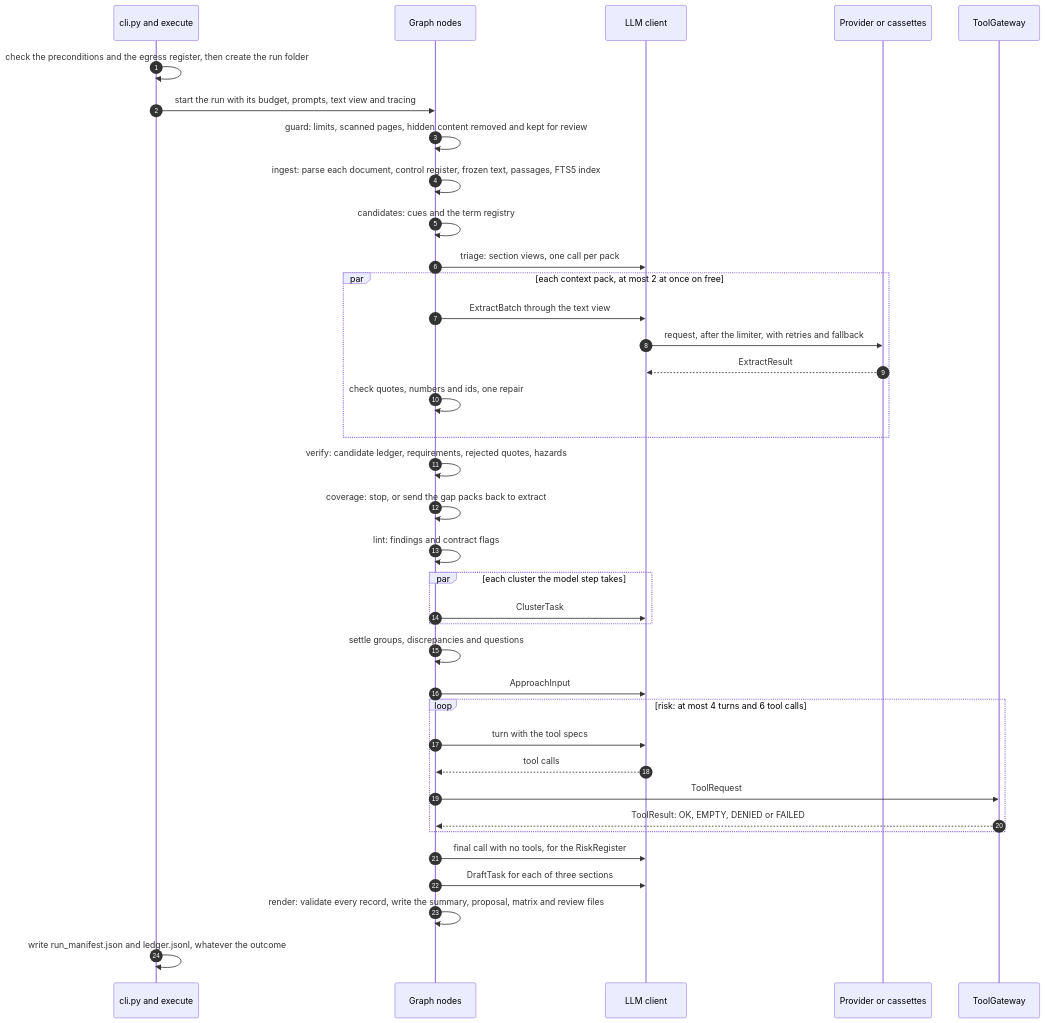
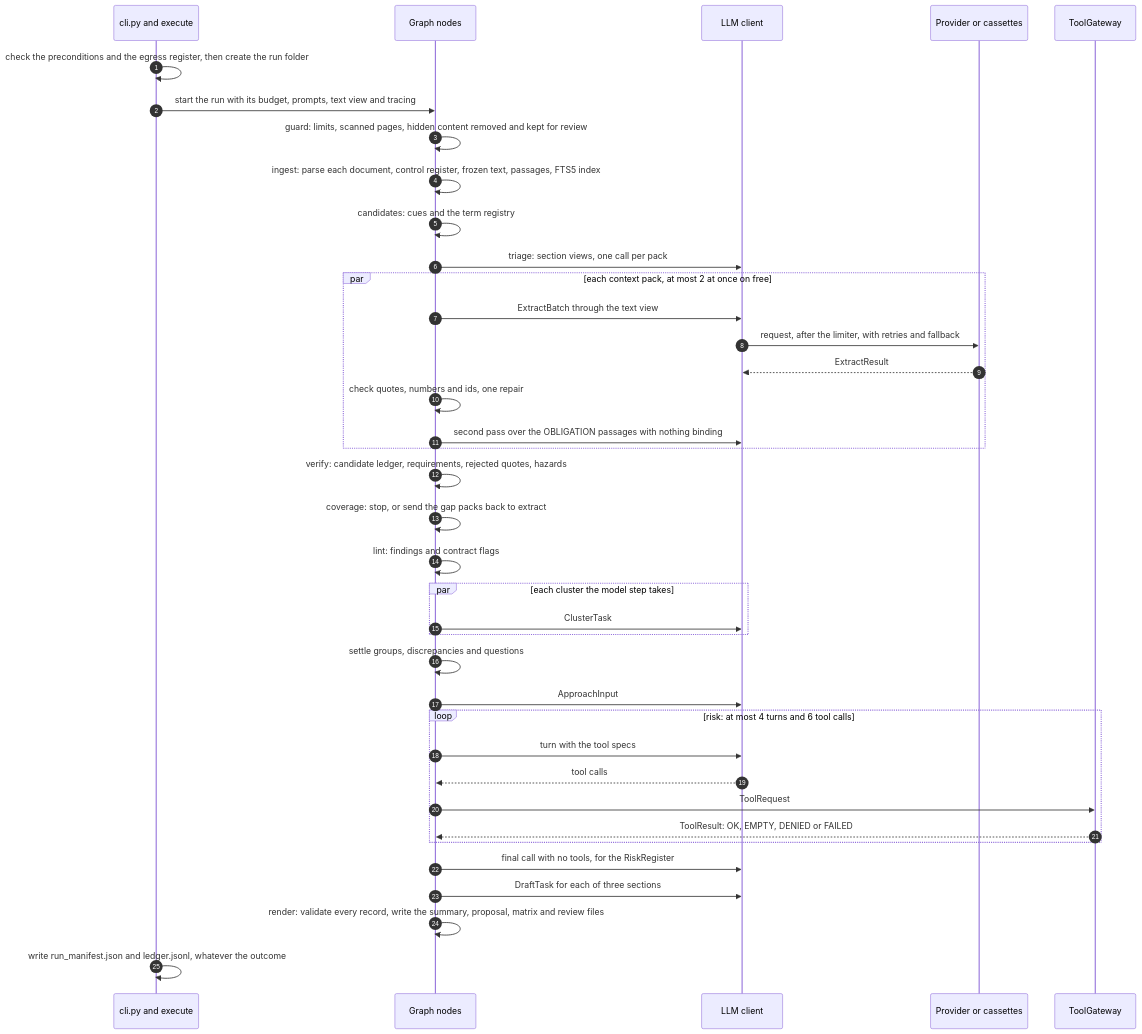
Before and after one commit to chouaibhoues-code/bidwright-rfp-agent: the third of 3 diagrams in docs/architecture.md, drawn with Mermaid. The commit also changed other lines of this file and 15 other files, not shown here.

````diff
--- a/docs/architecture.md
+++ b/docs/architecture.md
@@ -276,39 +276,40 @@
 ```mermaid
 sequenceDiagram
     autonumber
     participant CLI as cli.py and execute
     participant G as Graph nodes
     participant C as LLM client
     participant P as Provider or cassettes
     participant T as ToolGateway
     CLI->>CLI: check the preconditions and the egress register, then create the run folder
     CLI->>G: start the run with its budget, prompts, text view and tracing
     G->>G: guard: limits, scanned pages, hidden content removed and kept for review
     G->>G: ingest: parse each document, control register, frozen text, passages, FTS5 index
     G->>G: candidates: cues and the term registry
     G->>C: triage: section views, one call per pack
     par each context pack, at most 2 at once on free
         G->>C: ExtractBatch through the text view
         C->>P: request, after the limiter, with retries and fallback
         P-->>C: ExtractResult
         G->>G: check quotes, numbers and ids, one repair
+        G->>C: second pass over the OBLIGATION passages with nothing binding
     end
     G->>G: verify: candidate ledger, requirements, rejected quotes, hazards
     G->>G: coverage: stop, or send the gap packs back to extract
     G->>G: lint: findings and contract flags
     par each cluster the model step takes
         G->>C: ClusterTask
     end
     G->>G: settle groups, discrepancies and questions
     G->>C: ApproachInput
     loop risk: at most 4 turns and 6 tool calls
         G->>C: turn with the tool specs
         C-->>G: tool calls
         G->>T: ToolRequest
         T-->>G: ToolResult: OK, EMPTY, DENIED or FAILED
     end
     G->>C: final call with no tools, for the RiskRegister
     G->>C: DraftTask for each of three sections
     G->>G: render: validate every record, write the summary, proposal, matrix and review files
     CLI->>CLI: write run_manifest.json and ledger.jsonl, whatever the outcome
 ```
````
